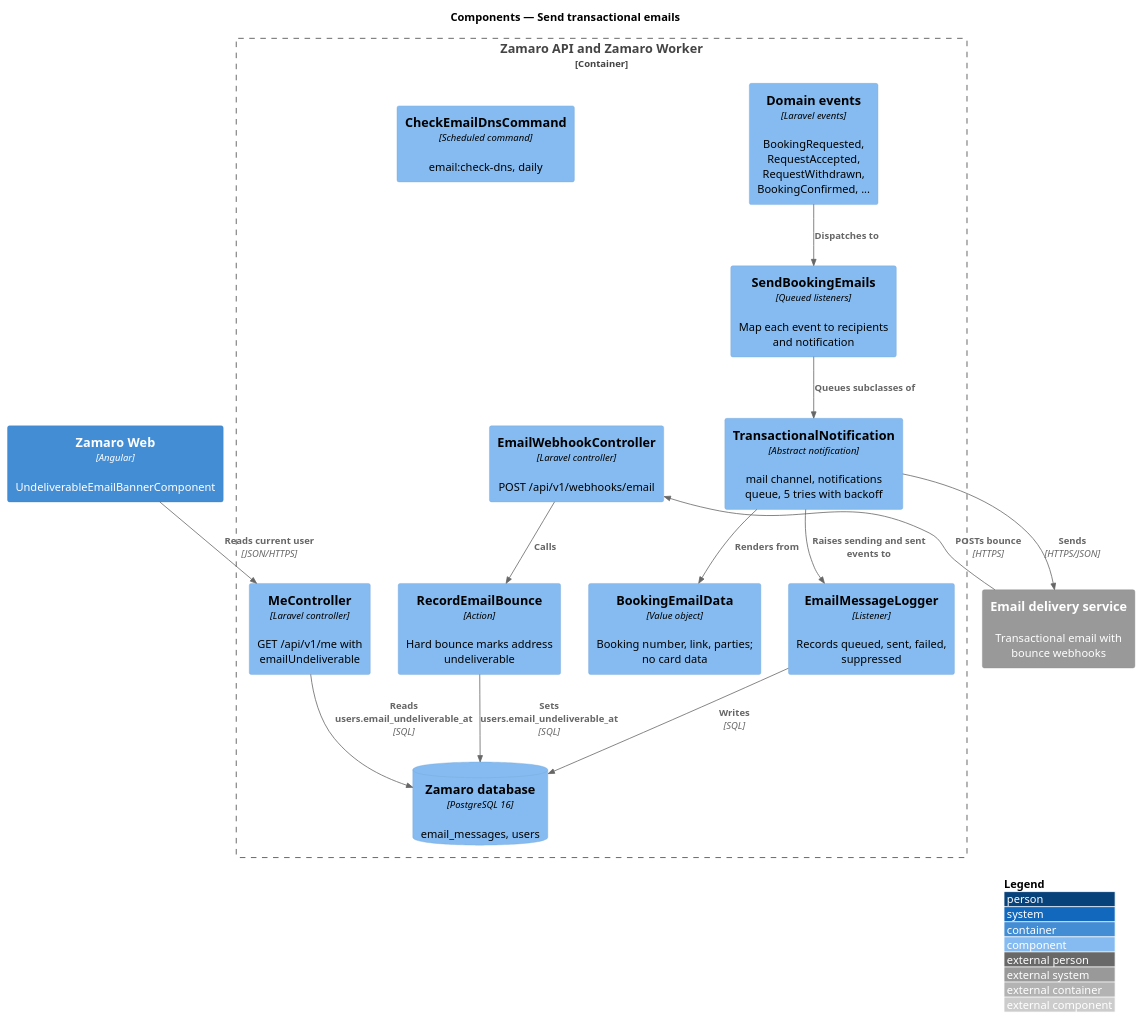
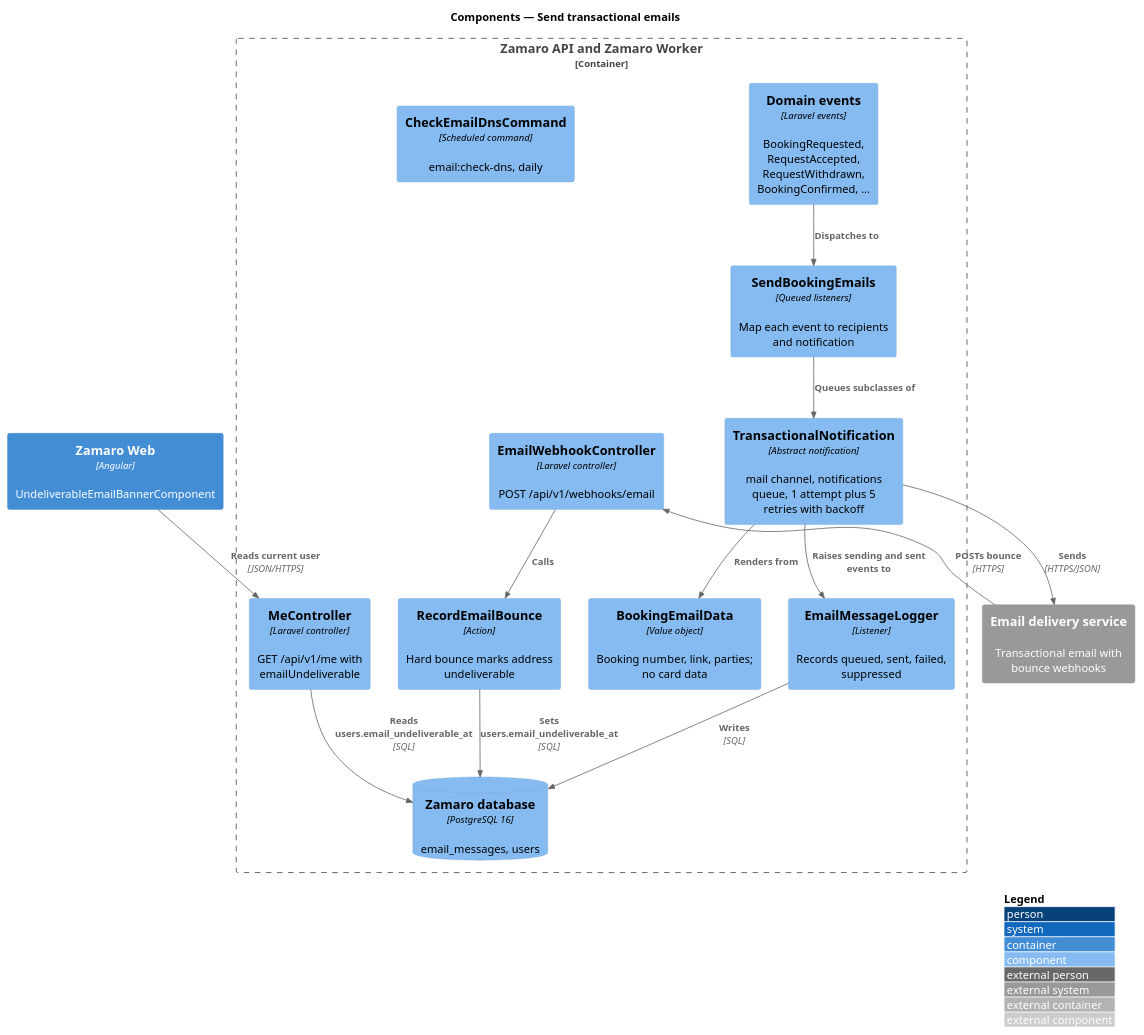
Before and after one commit to QuinntyneBrown/zamaro: the diagram in docs/detailed-designs/notifications/send-transactional-emails/diagrams/c4-component.puml, drawn with PlantUML. The commit also changed 11 other files, not shown here.

```diff
--- a/docs/detailed-designs/notifications/send-transactional-emails/diagrams/c4-component.puml
+++ b/docs/detailed-designs/notifications/send-transactional-emails/diagrams/c4-component.puml
@@ -1,31 +1,31 @@
 @startuml
 !include <C4/C4_Component>
 LAYOUT_WITH_LEGEND()
 title Components — Send transactional emails
 
 Container(web, "Zamaro Web", "Angular", "UndeliverableEmailBannerComponent")
 System_Ext(email, "Email delivery service", "Transactional email with bounce webhooks")
 Container_Boundary(backend, "Zamaro API and Zamaro Worker") {
   Component(events, "Domain events", "Laravel events", "BookingRequested, RequestAccepted, RequestWithdrawn, BookingConfirmed, ...")
   Component(listeners, "SendBookingEmails", "Queued listeners", "Map each event to recipients and notification")
-  Component(base, "TransactionalNotification", "Abstract notification", "mail channel, notifications queue, 5 tries with backoff")
+  Component(base, "TransactionalNotification", "Abstract notification", "mail channel, notifications queue, 1 attempt plus 5 retries with backoff")
   Component(data, "BookingEmailData", "Value object", "Booking number, link, parties; no card data")
   Component(log, "EmailMessageLogger", "Listener", "Records queued, sent, failed, suppressed")
   Component(hook, "EmailWebhookController", "Laravel controller", "POST /api/v1/webhooks/email")
   Component(bounce, "RecordEmailBounce", "Action", "Hard bounce marks address undeliverable")
   Component(dns, "CheckEmailDnsCommand", "Scheduled command", "email:check-dns, daily")
   Component(me, "MeController", "Laravel controller", "GET /api/v1/me with emailUndeliverable")
   ComponentDb(db, "Zamaro database", "PostgreSQL 16", "email_messages, users")
 }
 Rel(events, listeners, "Dispatches to")
 Rel(listeners, base, "Queues subclasses of")
 Rel(base, data, "Renders from")
 Rel(base, email, "Sends", "HTTPS/JSON")
 Rel(base, log, "Raises sending and sent events to")
 Rel(log, db, "Writes", "SQL")
 Rel(email, hook, "POSTs bounce", "HTTPS")
 Rel(hook, bounce, "Calls")
 Rel(bounce, db, "Sets users.email_undeliverable_at", "SQL")
 Rel(web, me, "Reads current user", "JSON/HTTPS")
 Rel(me, db, "Reads users.email_undeliverable_at", "SQL")
 @enduml
```
